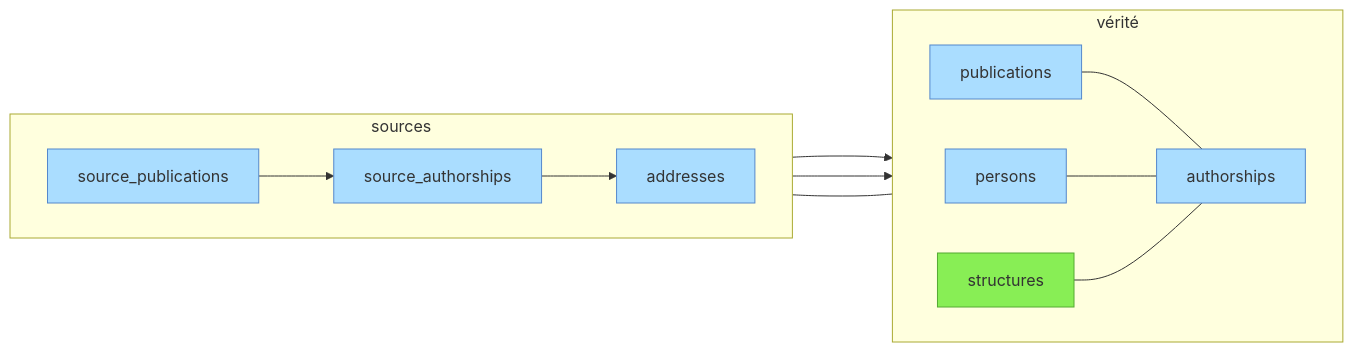
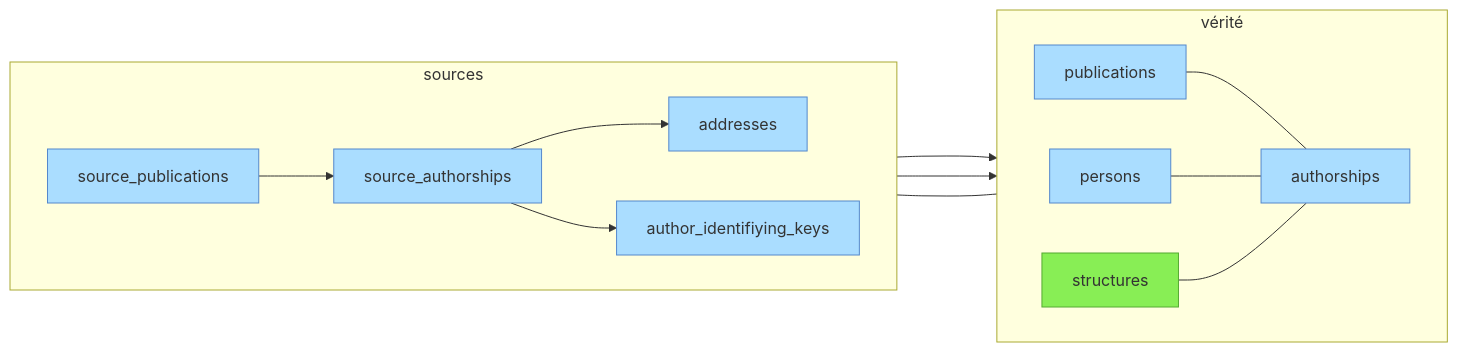
The second of 2 diagrams in docs/donnees/01-vue-d-ensemble.md (Y33sha/bibliometrie-uca), drawn with Mermaid before and after one commit. The commit also changed other lines of this file and 6 other files, not shown here.

````diff
--- a/docs/donnees/01-vue-d-ensemble.md
+++ b/docs/donnees/01-vue-d-ensemble.md
@@ -34,22 +34,23 @@
 ```mermaid
 flowchart LR
     subgraph sources
     direction LR
         source_publications-->source_authorships
         source_authorships-->addresses
+        source_authorships-->author_identifiying_keys
     end
     subgraph vérité
         direction LR
         publications---authorships
         persons---authorships
         structures---authorships
     end
     source_publications--->publications
-    source_authorships--->persons
+    author_identifiying_keys--->persons
     addresses---structures
 
     classDef manuel  fill:#8e5,stroke:#5a3
     classDef auto fill:#adf,stroke:#58c
     class structures manuel;
-    class source_authorships,source_publications,publications,authorships,persons,addresses auto
+    class source_authorships,source_publications,publications,authorships,persons,addresses,author_identifiying_keys auto
 ```
````
